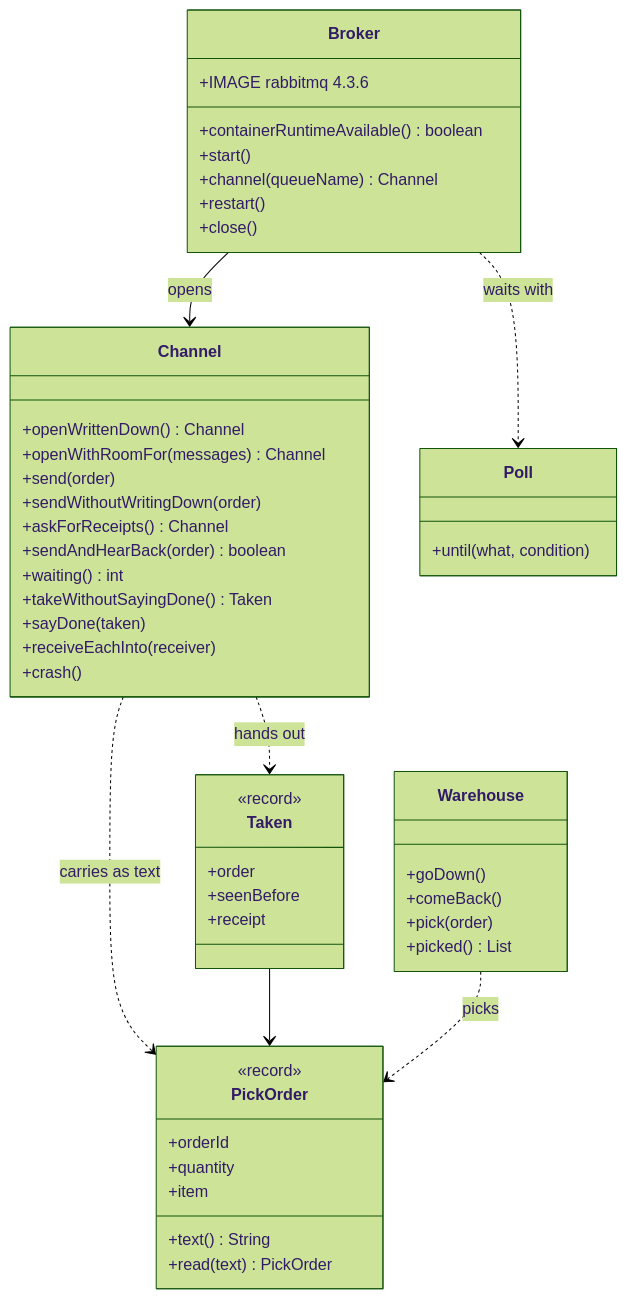
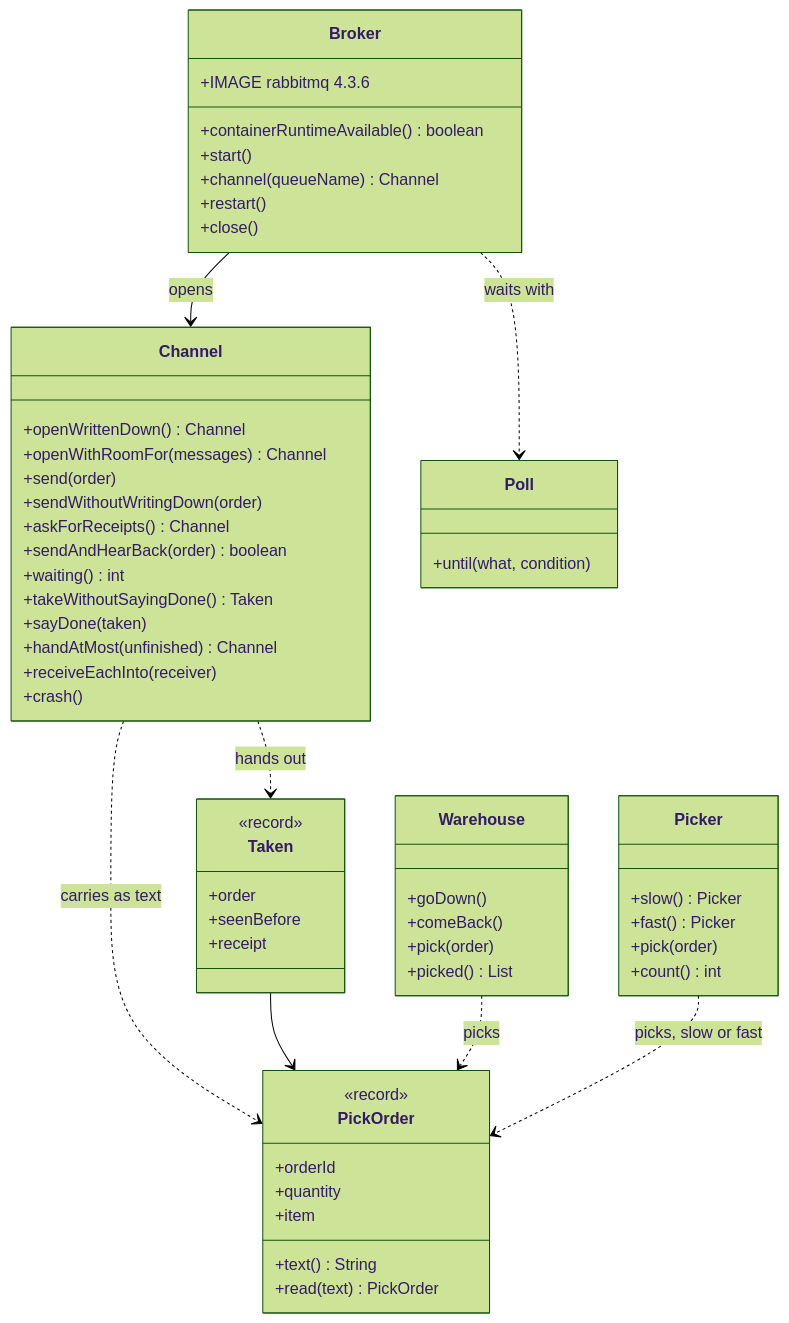
The diagram in gradle-java/messaging-integration-patterns/message-channel-with-rabbitmq-pattern/docs/class-diagram.md (jk-boot-up/java-design-patterns), drawn with Mermaid (forest theme) before and after one commit. The commit also changed 19 other files, not shown here.

````diff
--- a/gradle-java/messaging-integration-patterns/message-channel-with-rabbitmq-pattern/docs/class-diagram.md
+++ b/gradle-java/messaging-integration-patterns/message-channel-with-rabbitmq-pattern/docs/class-diagram.md
@@ -10,53 +10,61 @@
 ```mermaid
 classDiagram
     class Broker {
         +IMAGE rabbitmq 4.3.6
         +containerRuntimeAvailable() boolean
         +start()
         +channel(queueName) Channel
         +restart()
         +close()
     }
     class Channel {
         +openWrittenDown() Channel
         +openWithRoomFor(messages) Channel
         +send(order)
         +sendWithoutWritingDown(order)
         +askForReceipts() Channel
         +sendAndHearBack(order) boolean
         +waiting() int
         +takeWithoutSayingDone() Taken
         +sayDone(taken)
+        +handAtMost(unfinished) Channel
         +receiveEachInto(receiver)
         +crash()
     }
     class Taken {
         <<record>>
         +order
         +seenBefore
         +receipt
     }
     class PickOrder {
         <<record>>
         +orderId
         +quantity
         +item
         +text() String
         +read(text) PickOrder
     }
     class Warehouse {
         +goDown()
         +comeBack()
         +pick(order)
         +picked() List
     }
+    class Picker {
+        +slow() Picker
+        +fast() Picker
+        +pick(order)
+        +count() int
+    }
     class Poll {
         +until(what, condition)
     }
     Broker --> Channel : opens
     Channel ..> PickOrder : carries as text
     Channel ..> Taken : hands out
     Taken --> PickOrder
     Warehouse ..> PickOrder : picks
+    Picker ..> PickOrder : picks, slow or fast
     Broker ..> Poll : waits with
 ```
````
